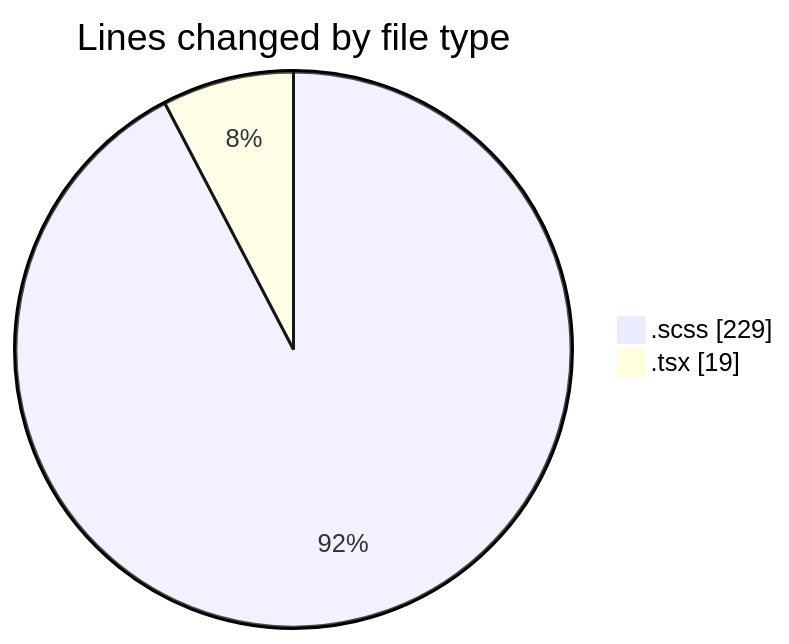
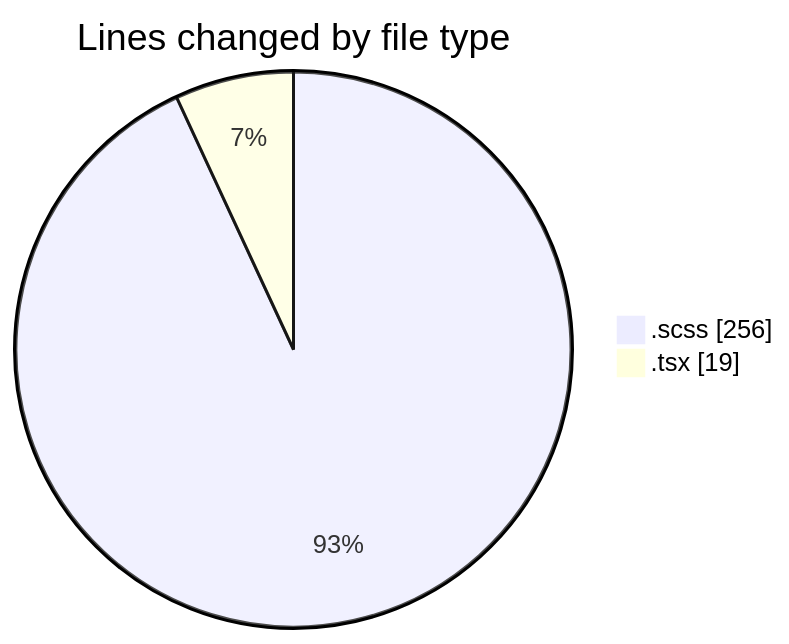
One commit to momahboobian/code-tracking changed the first of 2 diagrams in 2026-08-10/cda/README.md. Above: the diagram before and after it, drawn with Mermaid. The commit also changed other lines of this file and 1 other file, not shown here.

````diff
--- a/2026-08-10/cda/README.md
+++ b/2026-08-10/cda/README.md
@@ -23,6 +23,6 @@
 ```mermaid
 pie showData
 title Lines changed by file type
-".scss" : 229
+".scss" : 256
 ".tsx" : 19
 ```
````
